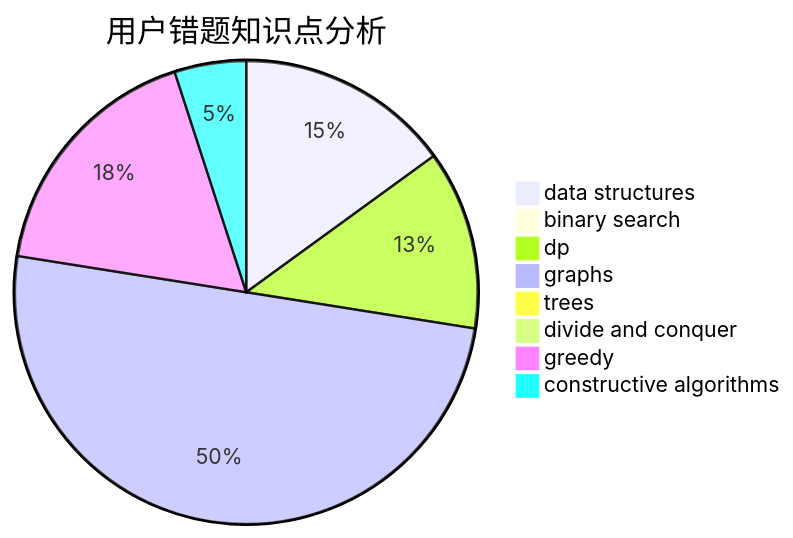
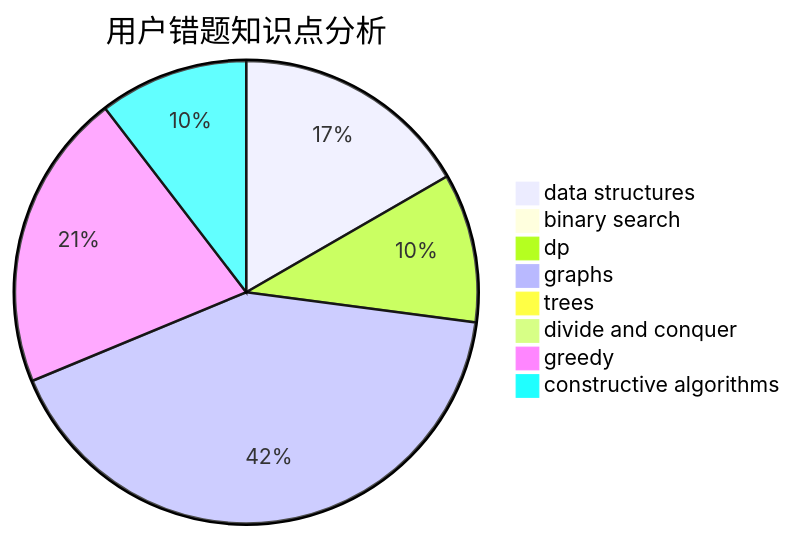
One commit to sherpahu/cfrs.github.io changed the third of 3 diagrams in docs/user/u1598.md. Above: the diagram before and after it, drawn with Mermaid. The commit also changed other lines of this file and 2770 other files, not shown here.

````diff
--- a/docs/user/u1598.md
+++ b/docs/user/u1598.md
@@ -36,11 +36,11 @@
 ```mermaid
 pie title 用户错题知识点分析
-    "data structures" :  6
+    "data structures" :  8
     "binary search" :  0
     "dp" :  5
     "graphs" :  20
     "trees" :  0
     "divide and conquer" :  0
-    "greedy" :  7
-    "constructive algorithms" :  2
+    "greedy" :  10
+    "constructive algorithms" :  5
 ```
````
